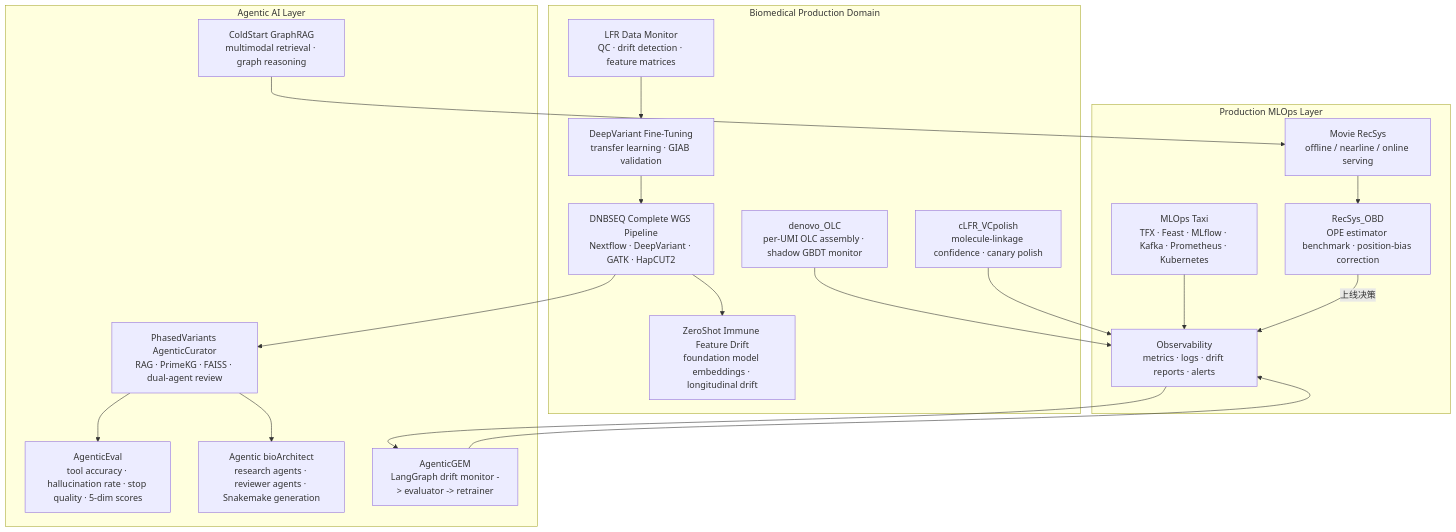
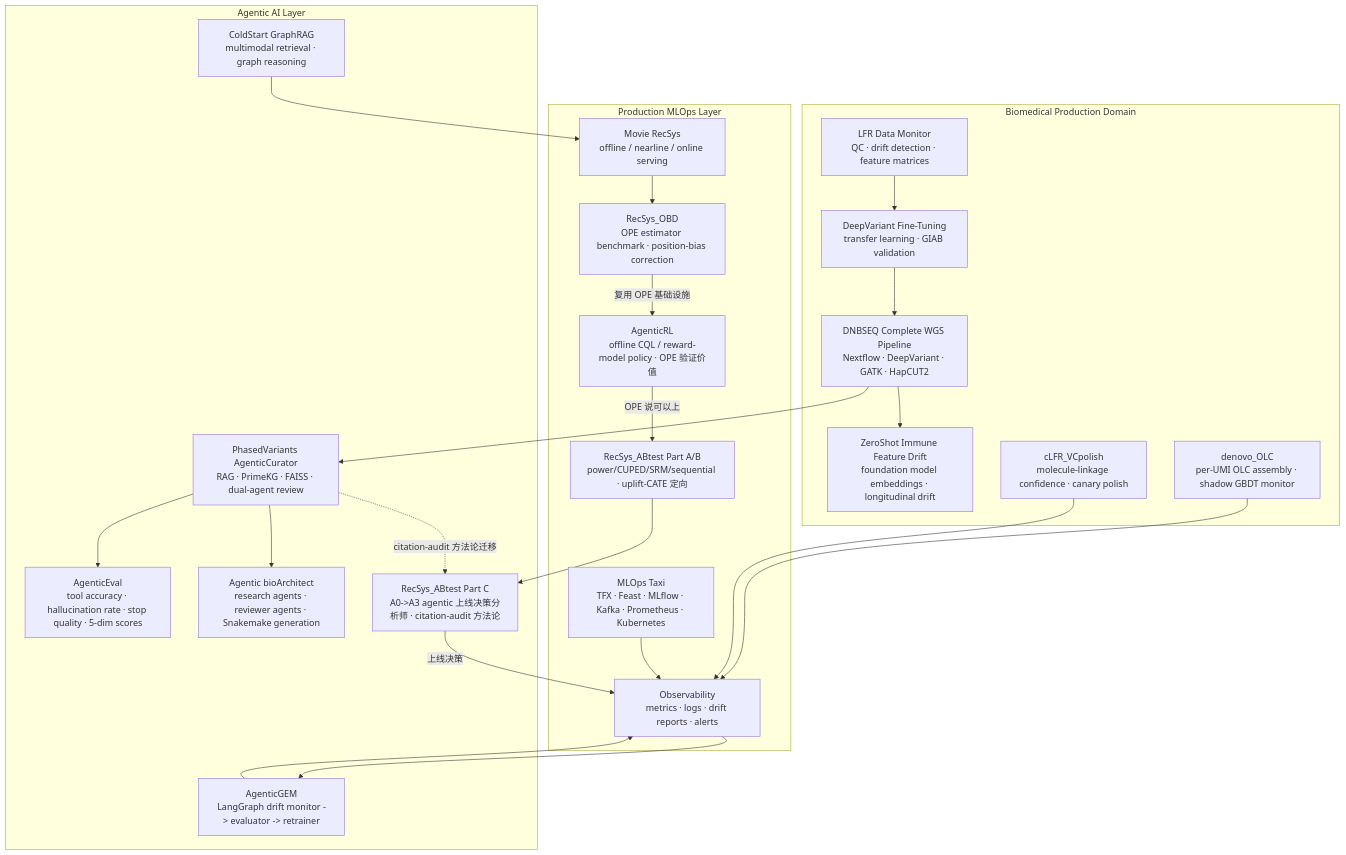
One commit to arcadianlyric/AppliedML_AgenticAI_MLOps changed the diagram in README_CN.md. Above: the diagram before and after it, drawn with Mermaid. The commit also changed other lines of this file and 2 other files, not shown here.

````diff
--- a/README_CN.md
+++ b/README_CN.md
@@ -82,41 +128,48 @@
 ```mermaid
 flowchart TD
     subgraph DOMAIN["Biomedical Production Domain"]
         WGS["DNBSEQ Complete WGS Pipeline<br/>Nextflow · DeepVariant · GATK · HapCUT2"]
         LFR["LFR Data Monitor<br/>QC · drift detection · feature matrices"]
         DV["DeepVariant Fine-Tuning<br/>transfer learning · GIAB validation"]
         IMM["ZeroShot Immune Feature Drift<br/>foundation model embeddings · longitudinal drift"]
         OLC["denovo_OLC<br/>per-UMI OLC assembly · shadow GBDT monitor"]
         VCP["cLFR_VCpolish<br/>molecule-linkage confidence · canary polish"]
     end
 
     subgraph AGENT["Agentic AI Layer"]
         CUR["PhasedVariants AgenticCurator<br/>RAG · PrimeKG · FAISS · dual-agent review"]
         EVAL["AgenticEval<br/>tool accuracy · hallucination rate · stop quality · 5-dim scores"]
         BIO["Agentic bioArchitect<br/>research agents · reviewer agents · Snakemake generation"]
         GEM["AgenticGEM<br/>LangGraph drift monitor -> evaluator -> retrainer"]
         GRAG["ColdStart GraphRAG<br/>multimodal retrieval · graph reasoning"]
+        ABT["RecSys_ABtest Part C<br/>A0->A3 agentic 上线决策分析师 · citation-audit 方法论"]
     end
 
     subgraph MLOPS["Production MLOps Layer"]
         TAXI["MLOps Taxi<br/>TFX · Feast · MLflow · Kafka · Prometheus · Kubernetes"]
         RECSYS["Movie RecSys<br/>offline / nearline / online serving"]
         OBD["RecSys_OBD<br/>OPE estimator benchmark · position-bias correction"]
+        RL["AgenticRL<br/>offline CQL / reward-model policy · OPE 验证价值"]
+        ABAB["RecSys_ABtest Part A/B<br/>power/CUPED/SRM/sequential · uplift-CATE 定向"]
         OBS["Observability<br/>metrics · logs · drift reports · alerts"]
     end
 
     LFR --> DV
     DV --> WGS
     WGS --> CUR
     WGS --> IMM
     CUR --> EVAL
     CUR --> BIO
+    CUR -. "citation-audit 方法论迁移" .-> ABT
     OLC --> OBS
     VCP --> OBS
     GEM --> OBS
     TAXI --> OBS
     RECSYS --> OBD
-    OBD -- "上线决策" --> OBS
+    OBD -- "复用 OPE 基础设施" --> RL
+    RL -- "OPE 说可以上" --> ABAB
+    ABAB --> ABT
+    ABT -- "上线决策" --> OBS
     GRAG --> RECSYS
     OBS --> GEM
 ```
````
